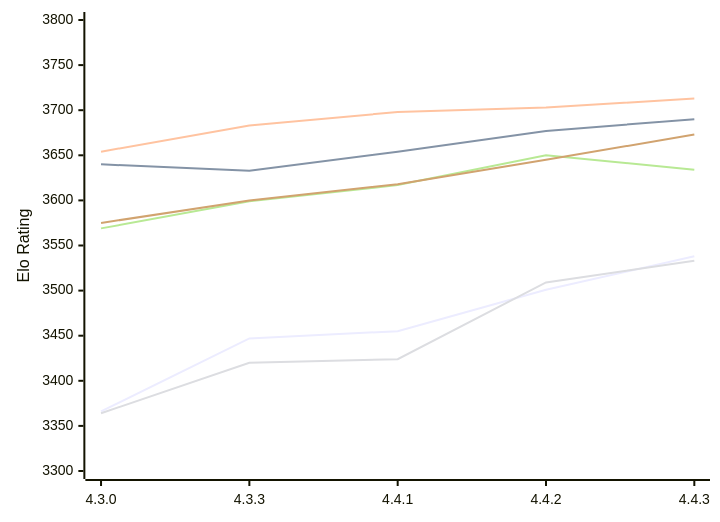
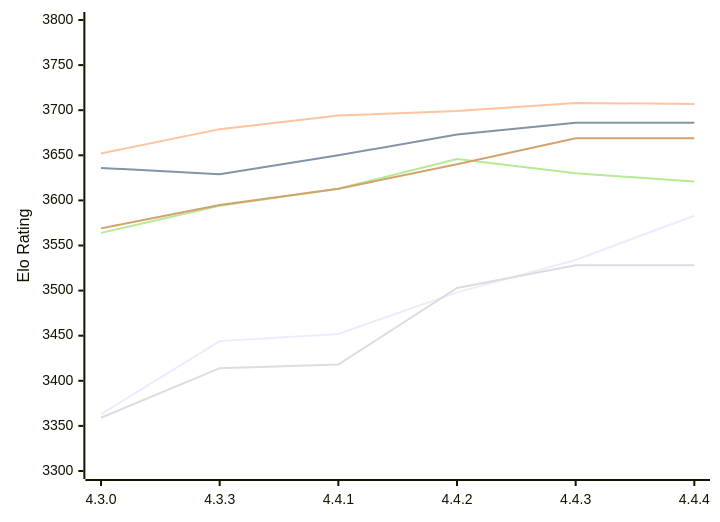
The first of 2 diagrams in engines/Gaia.md (computer-chess-index/cci), drawn with Mermaid before and after one commit. The commit also changed other lines of this file, not shown here.

Commit message:
Update CCI Ratings (ELO VLTC) - 2026-11-19

````diff
--- a/engines/Gaia.md
+++ b/engines/Gaia.md
@@ -61,12 +63,12 @@
 ```mermaid
 %%{init: {"theme":"base","themeVariables":{"seriesColors:['#a3a3a3','#222221','#faa371']}}}%%
 xychart-beta
-  x-axis ["4.3.0", "4.3.3", "4.4.1", "4.4.2", "4.4.3"]
+  x-axis ["4.3.0", "4.3.3", "4.4.1", "4.4.2", "4.4.3", "4.4.4"]
   y-axis "Elo Rating" 3300 --> 3800
-  line "E1: STC (8.0+0.08s)" [3366, 3447, 3455, 3501, 3538]
-  line "E1: LTC (60.0+0.60s)" [3640, 3633, 3654, 3677, 3690]
-  line "E1: VLTC (2m24s+1.12s)" [3654, 3683, 3698, 3703, 3713]
-  line "P1: STC (8.0+0.08s)" [3364, 3420, 3424, 3509, 3533]
-  line "P1: LTC (60.0+0.60s)" [3569, 3599, 3617, 3650, 3634]
-  line "P1: VLTC (2m24s+1.12s)" [3575, 3600, 3618, 3645, 3673]
+  line "E1: STC (8.0+0.08s)" [3363, 3444, 3452, 3498, 3534, 3583]
+  line "E1: LTC (60.0+0.60s)" [3636, 3629, 3650, 3673, 3686, 3686]
+  line "E1: VLTC (2m24s+1.12s)" [3652, 3679, 3694, 3699, 3708, 3707]
+  line "P1: STC (8.0+0.08s)" [3359, 3414, 3418, 3503, 3528, 3528]
+  line "P1: LTC (60.0+0.60s)" [3564, 3594, 3613, 3646, 3630, 3621]
+  line "P1: VLTC (2m24s+1.12s)" [3569, 3595, 3613, 3640, 3669, 3669]
 ```
````
